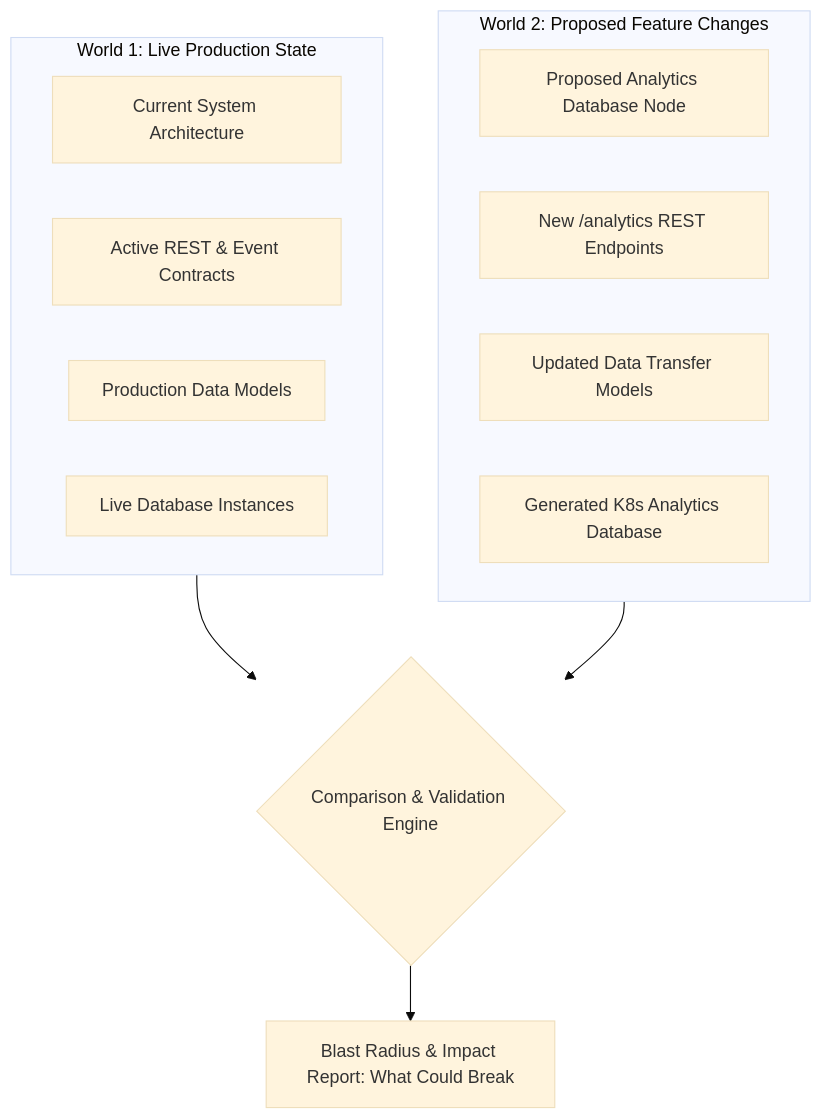
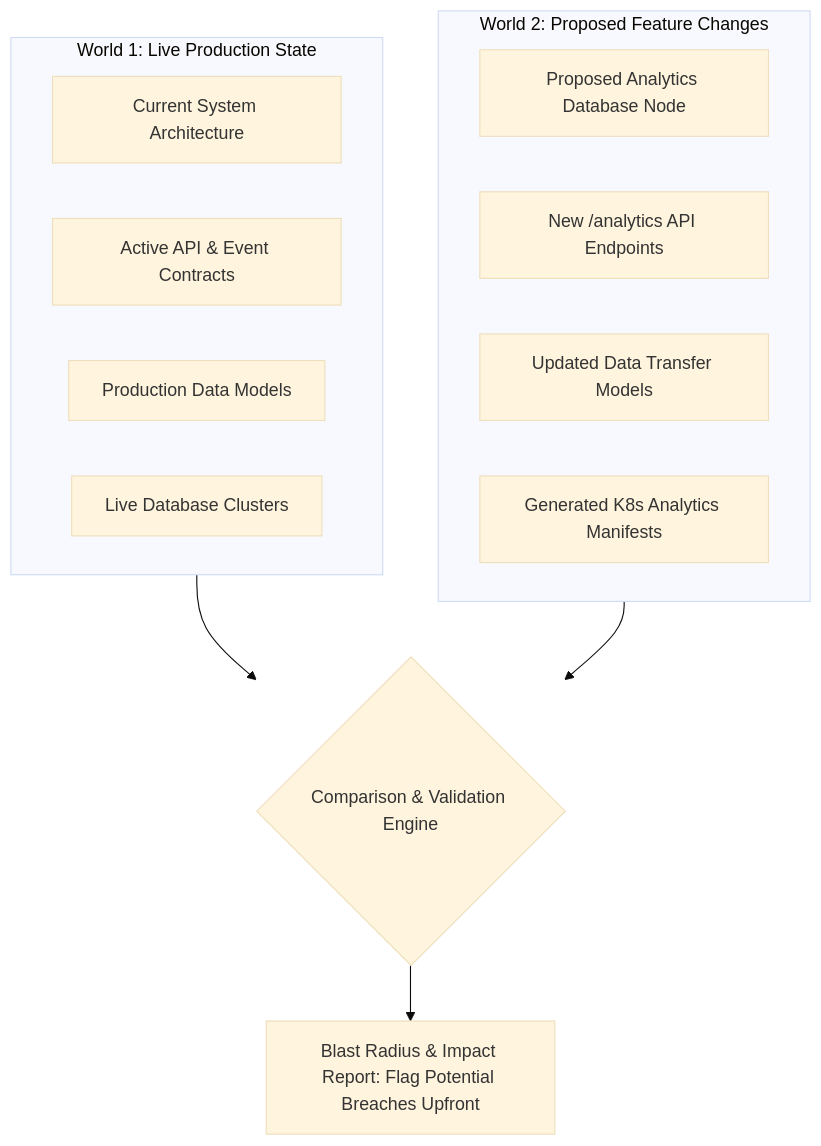
Before and after one commit to nddipiazza/robos: the first of 3 diagrams in docs/index.md, drawn with Mermaid (base theme). The commit also changed other lines of this file and 133 other files, not shown here.

````diff
--- a/docs/index.md
+++ b/docs/index.md
@@ -70,21 +110,21 @@
 ```mermaid
 graph TD
     subgraph World1 [World 1: Live Production State]
         P_Topo[Current System Architecture]
-        P_Contract[Active REST & Event Contracts]
+        P_Contract[Active API & Event Contracts]
         P_Schema[Production Data Models]
-        P_DB[Live Database Instances]
+        P_DB[Live Database Clusters]
     end
 
     subgraph World2 [World 2: Proposed Feature Changes]
         F_Topo[Proposed Analytics Database Node]
-        F_Contract[New /analytics REST Endpoints]
+        F_Contract[New /analytics API Endpoints]
         F_Schema[Updated Data Transfer Models]
-        F_DB[Generated K8s Analytics Database]
+        F_DB[Generated K8s Analytics Manifests]
     end
 
     Diff{Comparison & Validation Engine}
     World1 --> Diff
     World2 --> Diff
-    Diff --> Radius[Blast Radius & Impact Report: What Could Break]
+    Diff --> Radius[Blast Radius & Impact Report: Flag Potential Breaches Upfront]
 ```
````
